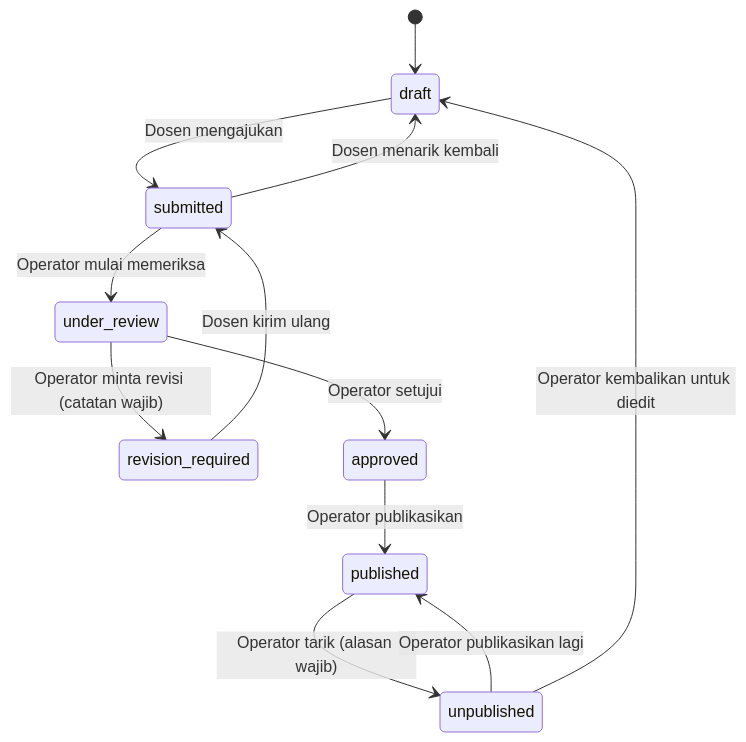
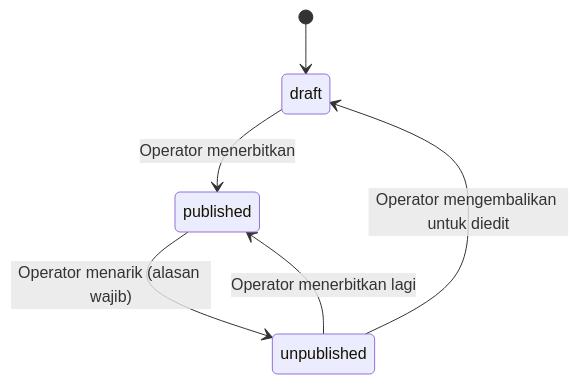
One commit to blessprometheus/inovasi-uninus changed the diagram in docs/WORKFLOW.md. Above: the diagram before and after it, drawn with Mermaid. The commit also changed other lines of this file and 10 other files, not shown here.

````diff
--- a/docs/WORKFLOW.md
+++ b/docs/WORKFLOW.md
@@ -9,14 +11,8 @@
 ```mermaid
 stateDiagram-v2
   [*] --> draft
-  draft --> submitted: Dosen mengajukan
-  submitted --> draft: Dosen menarik kembali
-  submitted --> under_review: Operator mulai memeriksa
-  under_review --> revision_required: Operator minta revisi (catatan wajib)
-  under_review --> approved: Operator setujui
-  revision_required --> submitted: Dosen kirim ulang
-  approved --> published: Operator publikasikan
-  published --> unpublished: Operator tarik (alasan wajib)
-  unpublished --> published: Operator publikasikan lagi
-  unpublished --> draft: Operator kembalikan untuk diedit
+  draft --> published: Operator menerbitkan
+  published --> unpublished: Operator menarik (alasan wajib)
+  unpublished --> published: Operator menerbitkan lagi
+  unpublished --> draft: Operator mengembalikan untuk diedit
 ```
````
